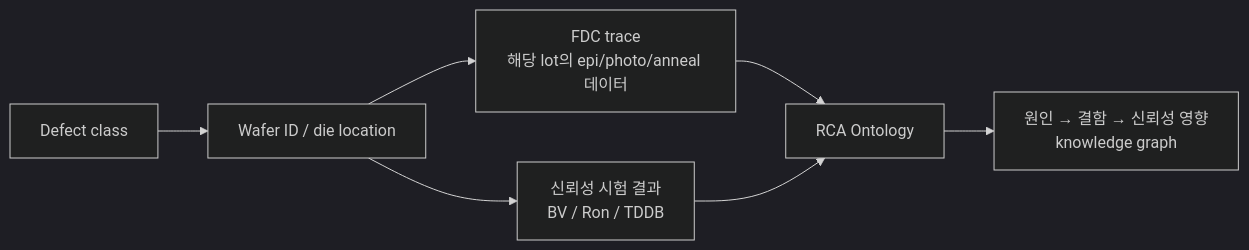
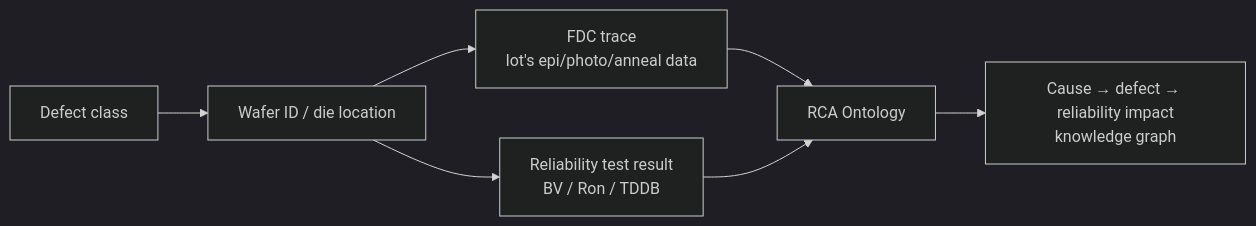
Before and after one commit to btjeon/sic-wiki: the third of 3 diagrams in docs/04-control-ai/ai-defect-classification.md, drawn with Mermaid (dark theme). The commit also changed other lines of this file and 9 other files, not shown here.

````diff
--- a/docs/04-control-ai/ai-defect-classification.md
+++ b/docs/04-control-ai/ai-defect-classification.md
@@ -92,9 +97,9 @@
 ```mermaid
 flowchart LR
     A[Defect class] --> B[Wafer ID / die location]
-    B --> C[FDC trace<br/>해당 lot의 epi/photo/anneal 데이터]
-    B --> D[신뢰성 시험 결과<br/>BV / Ron / TDDB]
+    B --> C[FDC trace<br/>lot's epi/photo/anneal data]
+    B --> D[Reliability test result<br/>BV / Ron / TDDB]
     C --> E[RCA Ontology]
     D --> E
-    E --> F[원인 → 결함 → 신뢰성 영향<br/>knowledge graph]
+    E --> F[Cause → defect → reliability impact<br/>knowledge graph]
 ```
````
